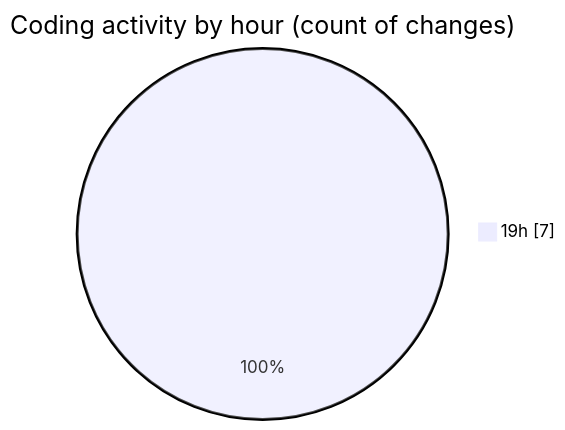
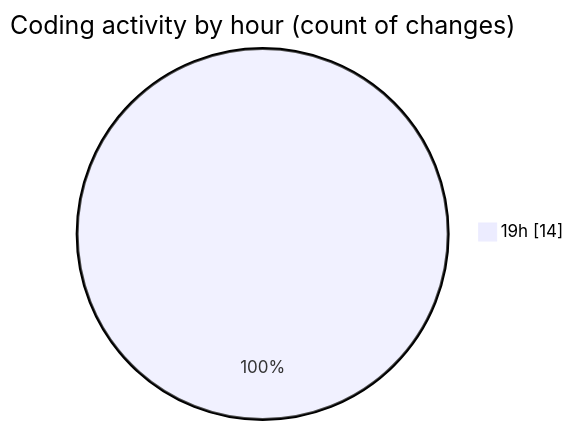
Before and after one commit to lephambinh05/code-tracking: the second of 2 diagrams in 2025-07-28/quanlyrapchieuphim-2/README.md, drawn with Mermaid. The commit also changed other lines of this file and 1 other file, not shown here.

````diff
--- a/2025-07-28/quanlyrapchieuphim-2/README.md
+++ b/2025-07-28/quanlyrapchieuphim-2/README.md
@@ -30,5 +35,5 @@
 ```mermaid
 pie showData
 title Coding activity by hour (count of changes)
-"19h" : 7
+"19h" : 14
 ```
````
